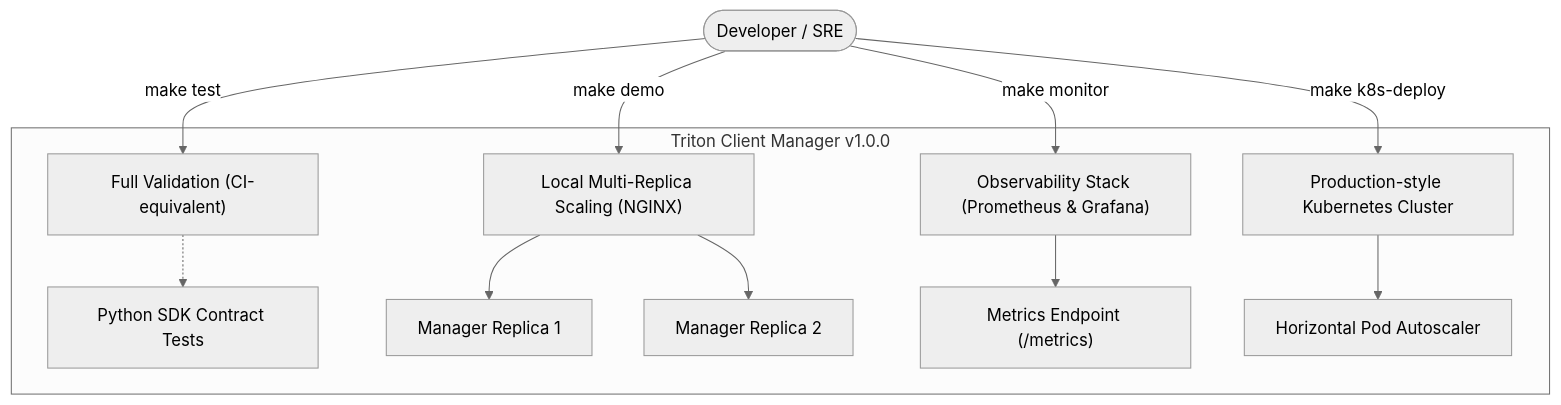
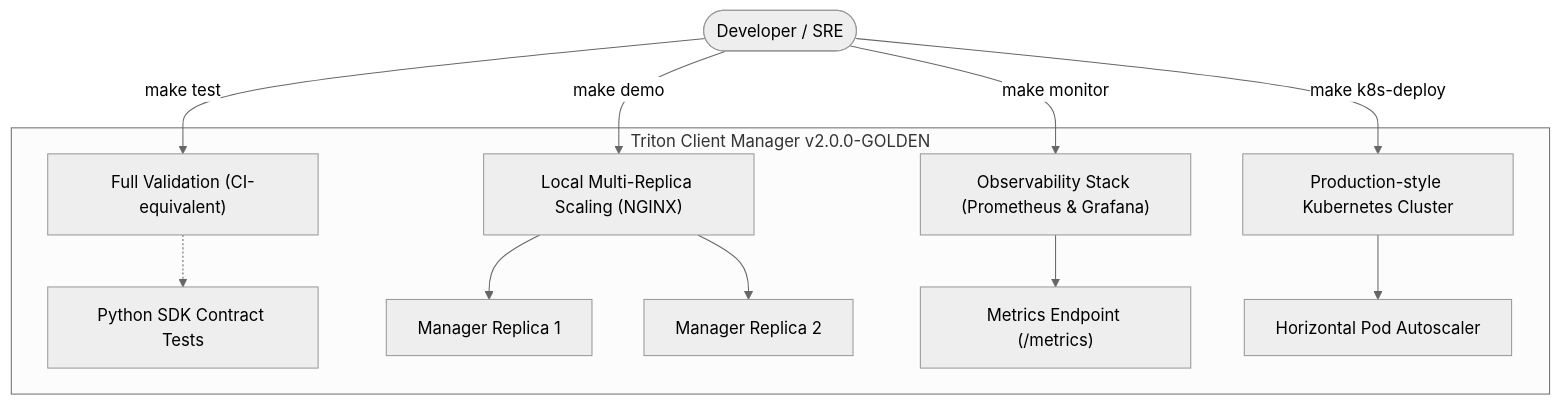
One commit to adrirubim/triton_client_manager changed the diagram in README.md. Above: the diagram before and after it, drawn with Mermaid (neutral theme). The commit also changed other lines of this file and 13 other files, not shown here.

````diff
--- a/README.md
+++ b/README.md
@@ -70,15 +72,15 @@
 ```mermaid
 graph TD
     User(["Developer / SRE"]) -->|make test| CI["Full Validation (CI-equivalent)"]
     User -->|make demo| MultiNode["Local Multi-Replica Scaling (NGINX)"]
     User -->|make monitor| Obs["Observability Stack (Prometheus & Grafana)"]
     User -->|make k8s-deploy| K8s["Production-style Kubernetes Cluster"]
     
-    subgraph "Triton Client Manager v1.0.0"
+    subgraph "Triton Client Manager v2.0.0-GOLDEN"
         CI -.-> SDK["Python SDK Contract Tests"]
         MultiNode --> Manager1["Manager Replica 1"]
         MultiNode --> Manager2["Manager Replica 2"]
         Obs --> Metrics["Metrics Endpoint (/metrics)"]
         K8s --> HPA["Horizontal Pod Autoscaler"]
     end
 ```
````
